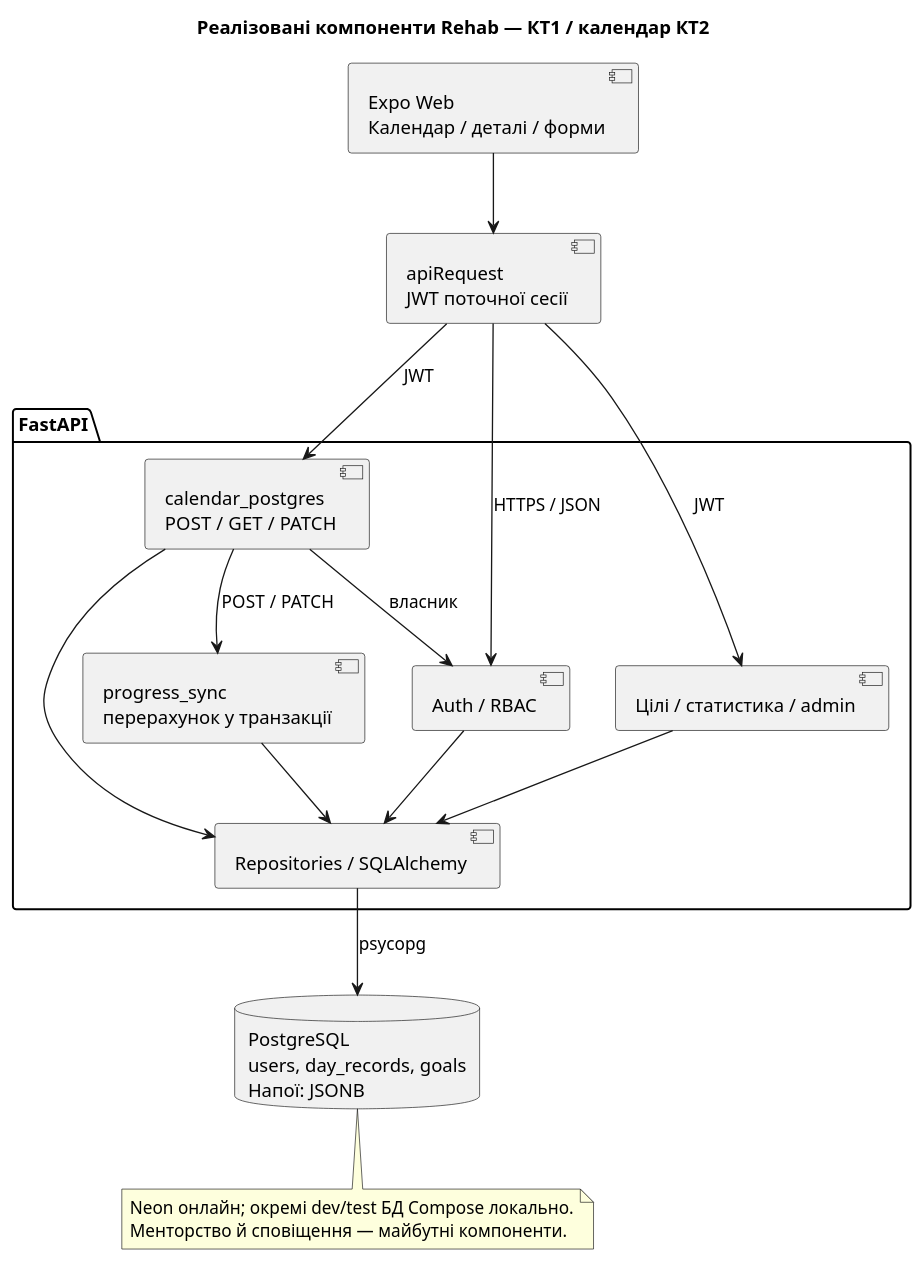
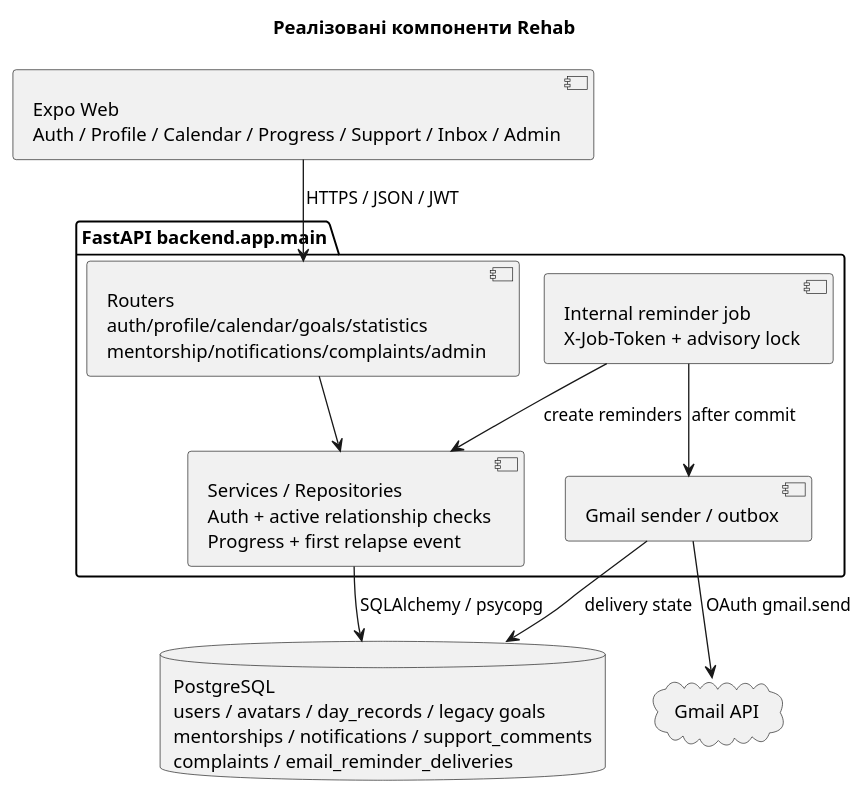
Before and after one commit to ukma-fin-ssdm-2026/Rehab: the diagram in docs/architecture/uml/component-diagram.puml, drawn with PlantUML. The commit also changed 16 other files, not shown here.

```diff
--- a/docs/architecture/uml/component-diagram.puml
+++ b/docs/architecture/uml/component-diagram.puml
@@ -1,28 +1,20 @@
 @startuml
-title Реалізовані компоненти Rehab — КТ1 / календар КТ2
-component "Expo Web\nКалендар / деталі / форми" as Front
-component "apiRequest\nJWT поточної сесії" as Client
-package "FastAPI" {
- component "Auth / RBAC" as Auth
- component "calendar_postgres\nPOST / GET / PATCH" as Calendar
- component "Цілі / статистика / admin" as Other
- component "progress_sync\nперерахунок у транзакції" as Progress
- component "Repositories / SQLAlchemy" as Repo
+!pragma layout smetana
+title Реалізовані компоненти Rehab
+component "Expo Web\nAuth / Profile / Calendar / Progress / Support / Inbox / Admin" as Web
+package "FastAPI backend.app.main" {
+ component "Routers\nauth/profile/calendar/goals/statistics\nmentorship/notifications/complaints/admin" as Routes
+ component "Services / Repositories\nAuth + active relationship checks\nProgress + first relapse event" as Services
+ component "Internal reminder job\nX-Job-Token + advisory lock" as Job
+ component "Gmail sender / outbox" as Mail
 }
-database "PostgreSQL\nusers, day_records, goals\nНапої: JSONB" as DB
-Front --> Client
-Client --> Auth : HTTPS / JSON
-Client --> Calendar : JWT
-Client --> Other : JWT
-Calendar --> Auth : власник
-Calendar --> Progress : POST / PATCH
-Calendar --> Repo
-Progress --> Repo
-Other --> Repo
-Auth --> Repo
-Repo --> DB : psycopg
-note bottom of DB
- Neon онлайн; окремі dev/test БД Compose локально.
- Менторство й сповіщення — майбутні компоненти.
-end note
+database "PostgreSQL\nusers / avatars / day_records / legacy goals\nmentorships / notifications / support_comments\ncomplaints / email_reminder_deliveries" as DB
+cloud "Gmail API" as Gmail
+Web --> Routes : HTTPS / JSON / JWT
+Routes --> Services
+Services --> DB : SQLAlchemy / psycopg
+Job --> Services : create reminders
+Job --> Mail : after commit
+Mail --> DB : delivery state
+Mail --> Gmail : OAuth gmail.send
 @enduml
```
